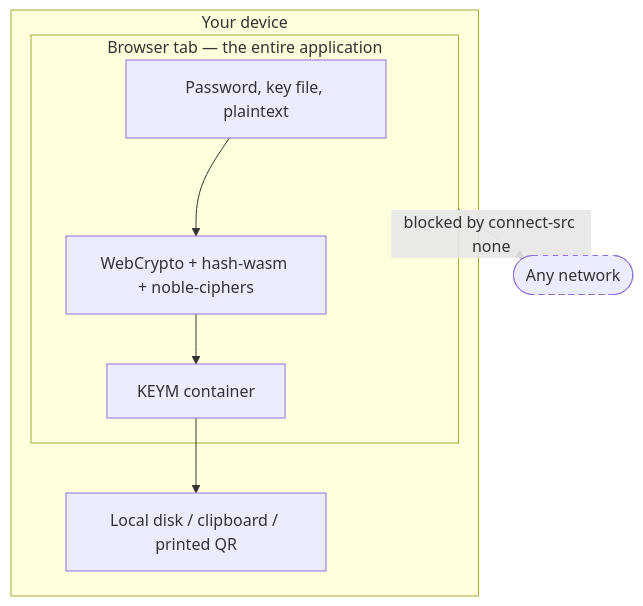
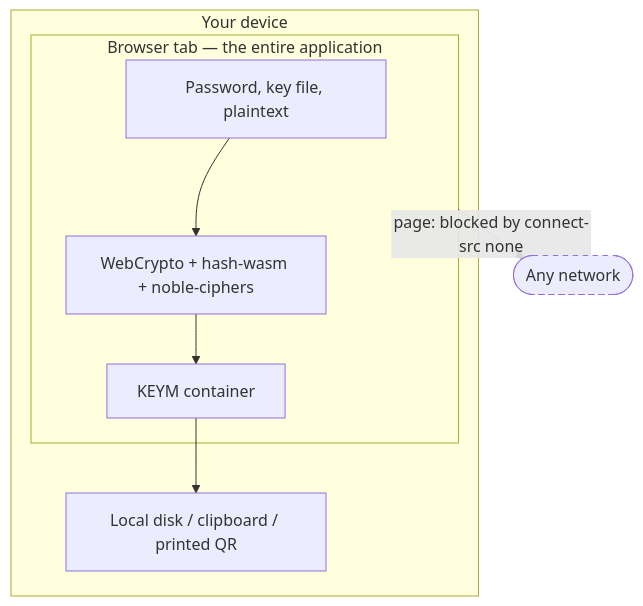
Before and after one commit to 404SecNotFound/Keymaker-v2: the first of 8 diagrams in docs/HOW-IT-WORKS.md, drawn with Mermaid. The commit also changed other lines of this file and 3 other files, not shown here.

````diff
--- a/docs/HOW-IT-WORKS.md
+++ b/docs/HOW-IT-WORKS.md
@@ -26,18 +26,18 @@
 ```mermaid
 flowchart TB
     subgraph device["Your device"]
         subgraph tab["Browser tab — the entire application"]
             input["Password, key file, plaintext"]
             crypto["WebCrypto + hash-wasm + noble-ciphers"]
             output["KEYM container"]
             input --> crypto --> output
         end
         disk["Local disk / clipboard / printed QR"]
         output --> disk
     end
 
     net(["Any network"])
-    tab -.->|"blocked by connect-src none"| net
+    tab -.->|"page: blocked by connect-src none"| net
 
     style net stroke-dasharray: 5 5
 ```
````
